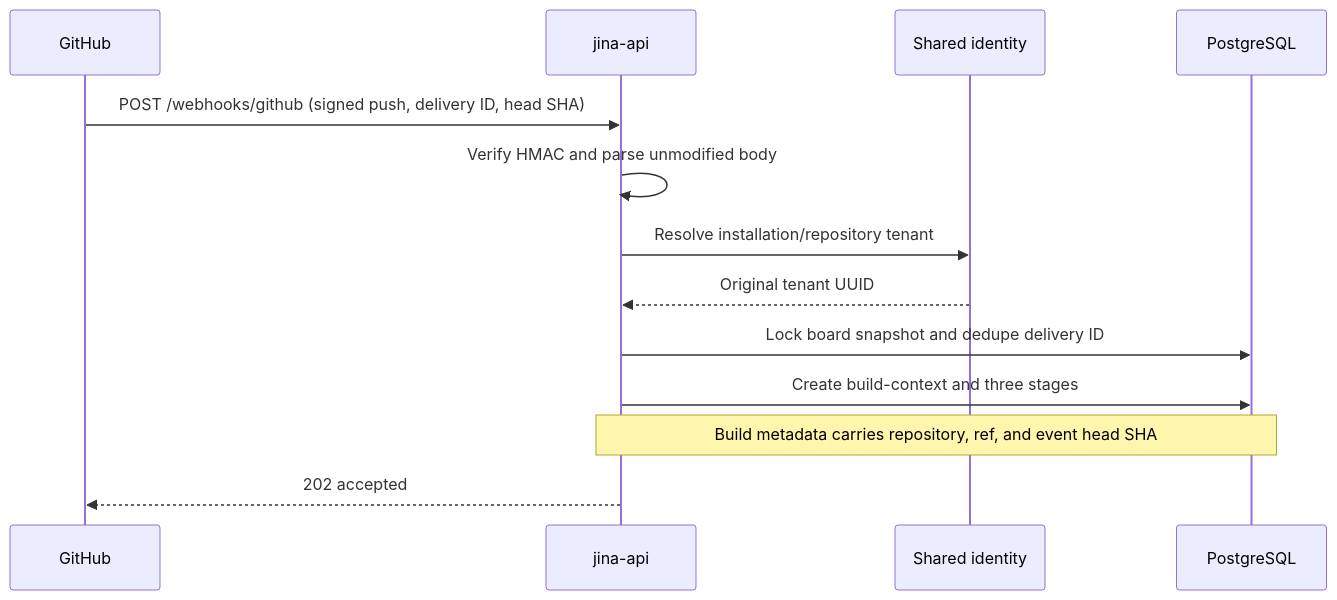
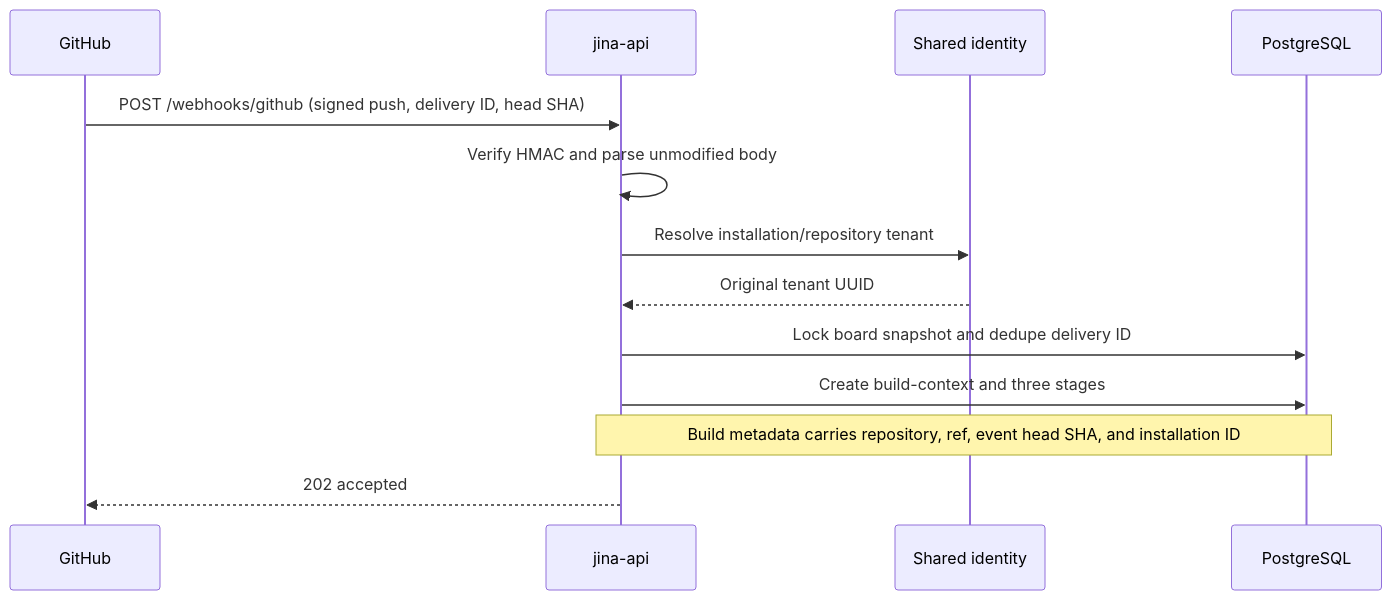
The first of 9 diagrams in docs/SEQUENCE_DIAGRAM.md (keon/jina-context-wiki-e2e-20260808), drawn with Mermaid before and after one commit. The commit also changed other lines of this file and 25 other files, not shown here.

````diff
--- a/docs/SEQUENCE_DIAGRAM.md
+++ b/docs/SEQUENCE_DIAGRAM.md
@@ -8,16 +8,16 @@
 ```mermaid
 sequenceDiagram
     participant GH as GitHub
     participant API as jina-api
     participant ID as Shared identity
     participant DB as PostgreSQL
 
     GH->>API: POST /webhooks/github (signed push, delivery ID, head SHA)
     API->>API: Verify HMAC and parse unmodified body
     API->>ID: Resolve installation/repository tenant
     ID-->>API: Original tenant UUID
     API->>DB: Lock board snapshot and dedupe delivery ID
     API->>DB: Create build-context and three stages
-    Note over API,DB: Build metadata carries repository, ref, and event head SHA
+    Note over API,DB: Build metadata carries repository, ref, event head SHA, and installation ID
     API-->>GH: 202 accepted
 ```
````
